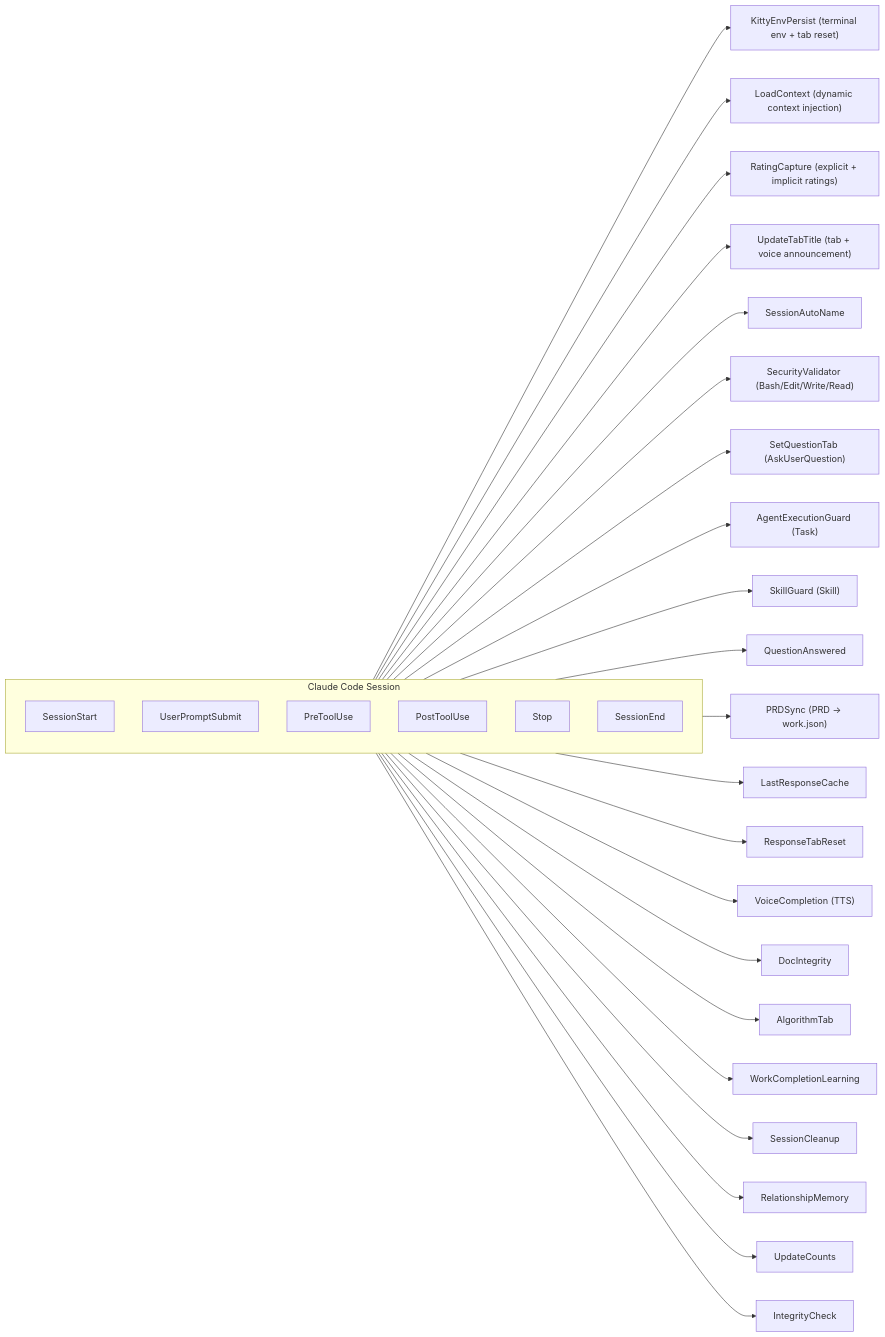
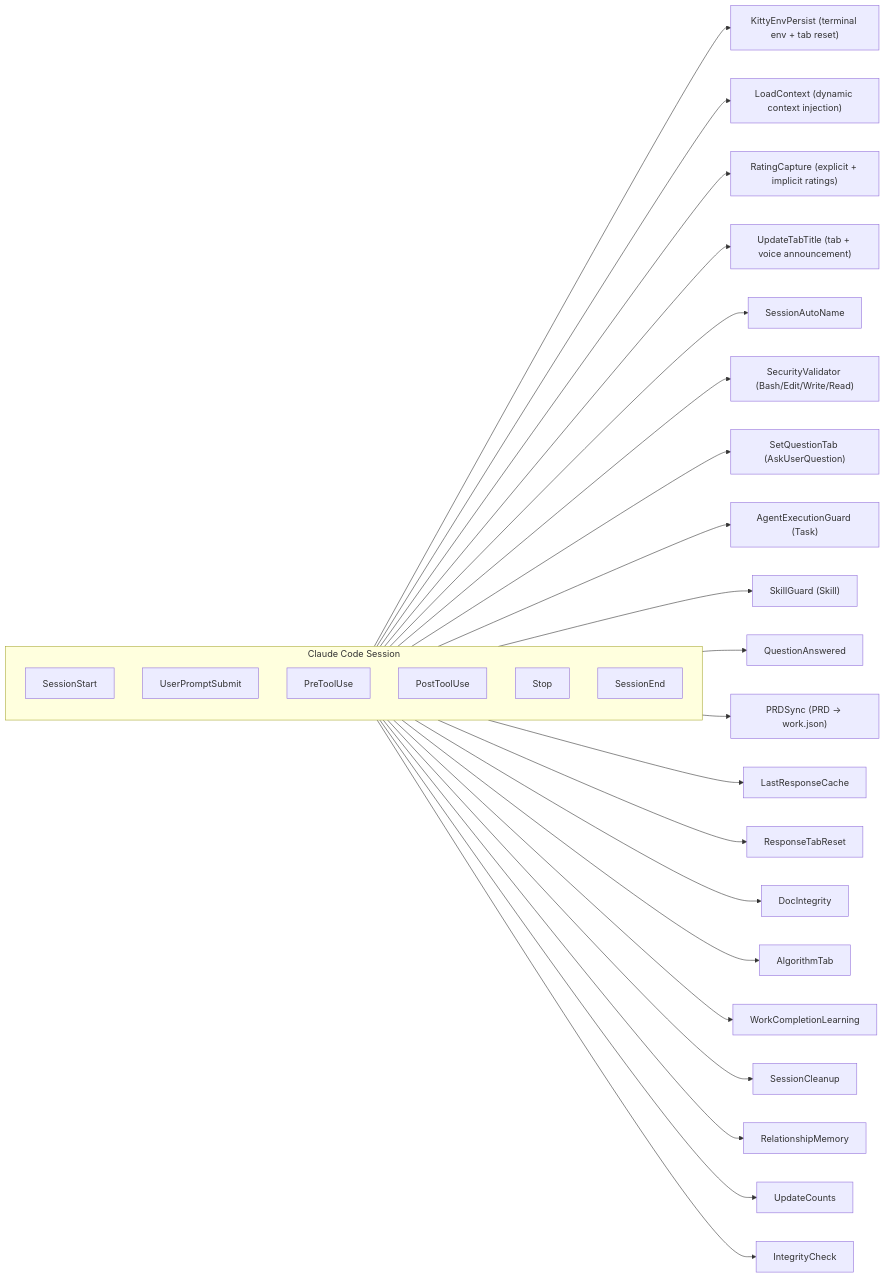
Before and after one commit to DorShaer/Husk: the first of 2 diagrams in libs/pai/hooks/README.md, drawn with Mermaid. The commit also changed other lines of this file and 170 other files, not shown here.

````diff
--- a/libs/pai/hooks/README.md
+++ b/libs/pai/hooks/README.md
@@ -41,39 +41,38 @@
 ```mermaid
 flowchart LR
   subgraph S["Claude Code Session"]
     direction TB
     SS["SessionStart"]
     UP["UserPromptSubmit"]
     PRE["PreToolUse"]
     POST["PostToolUse"]
     STOP["Stop"]
     SE["SessionEnd"]
   end
 
   SS --> KEP["KittyEnvPersist (terminal env + tab reset)"]
   SS --> LC["LoadContext (dynamic context injection)"]
 
   UP --> RC["RatingCapture (explicit + implicit ratings)"]
   UP --> UTT["UpdateTabTitle (tab + voice announcement)"]
   UP --> SAN["SessionAutoName"]
 
   PRE --> SV["SecurityValidator (Bash/Edit/Write/Read)"]
   PRE --> SQT["SetQuestionTab (AskUserQuestion)"]
   PRE --> AEG["AgentExecutionGuard (Task)"]
   PRE --> SG["SkillGuard (Skill)"]
 
   POST --> QA["QuestionAnswered"]
   POST --> PS["PRDSync (PRD -> work.json)"]
 
   STOP --> LRC["LastResponseCache"]
   STOP --> RTR["ResponseTabReset"]
-  STOP --> VC["VoiceCompletion (TTS)"]
   STOP --> DI["DocIntegrity"]
   STOP --> AT["AlgorithmTab"]
 
   SE --> WCL["WorkCompletionLearning"]
   SE --> SCL["SessionCleanup"]
   SE --> RM["RelationshipMemory"]
   SE --> UC["UpdateCounts"]
   SE --> IC["IntegrityCheck"]
 ```
````
